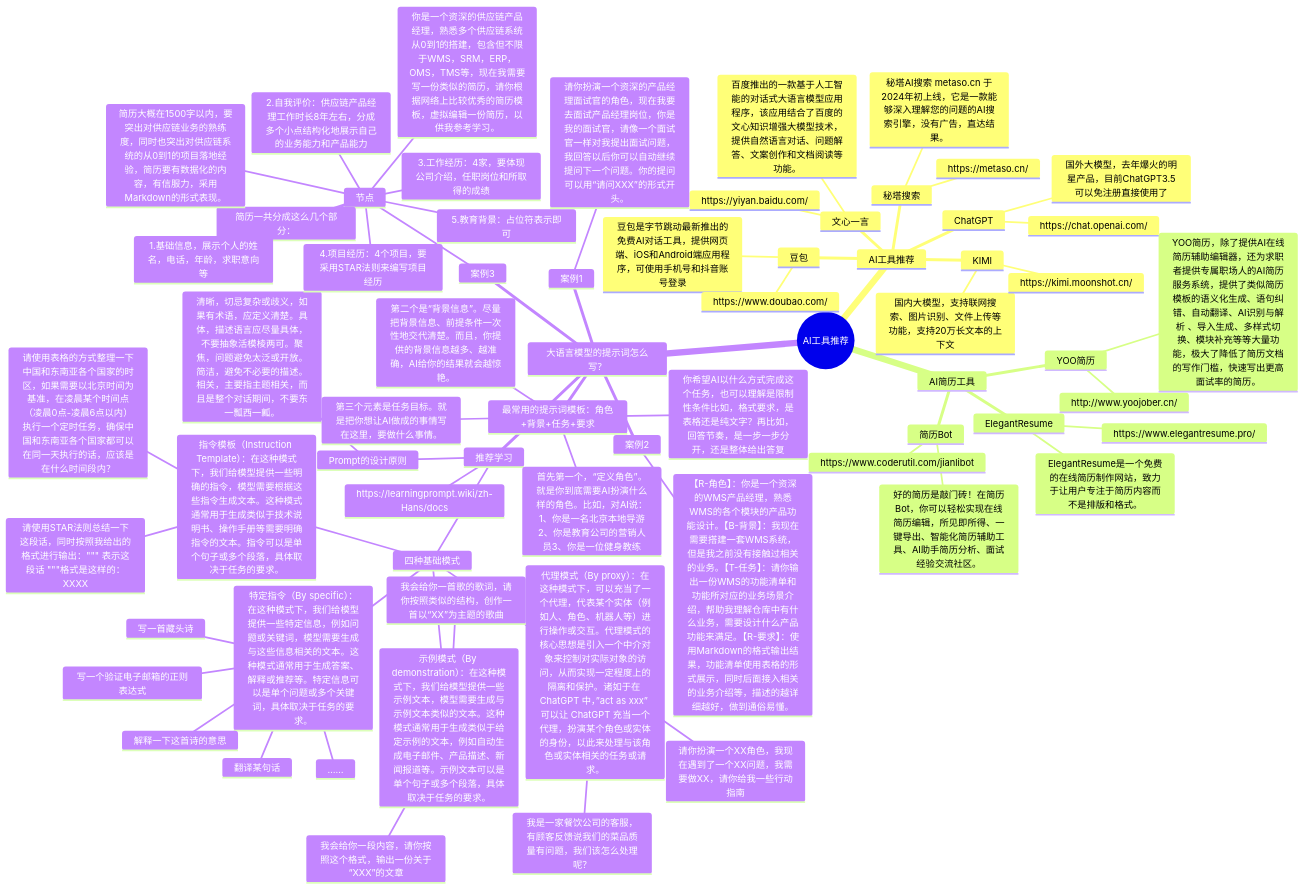
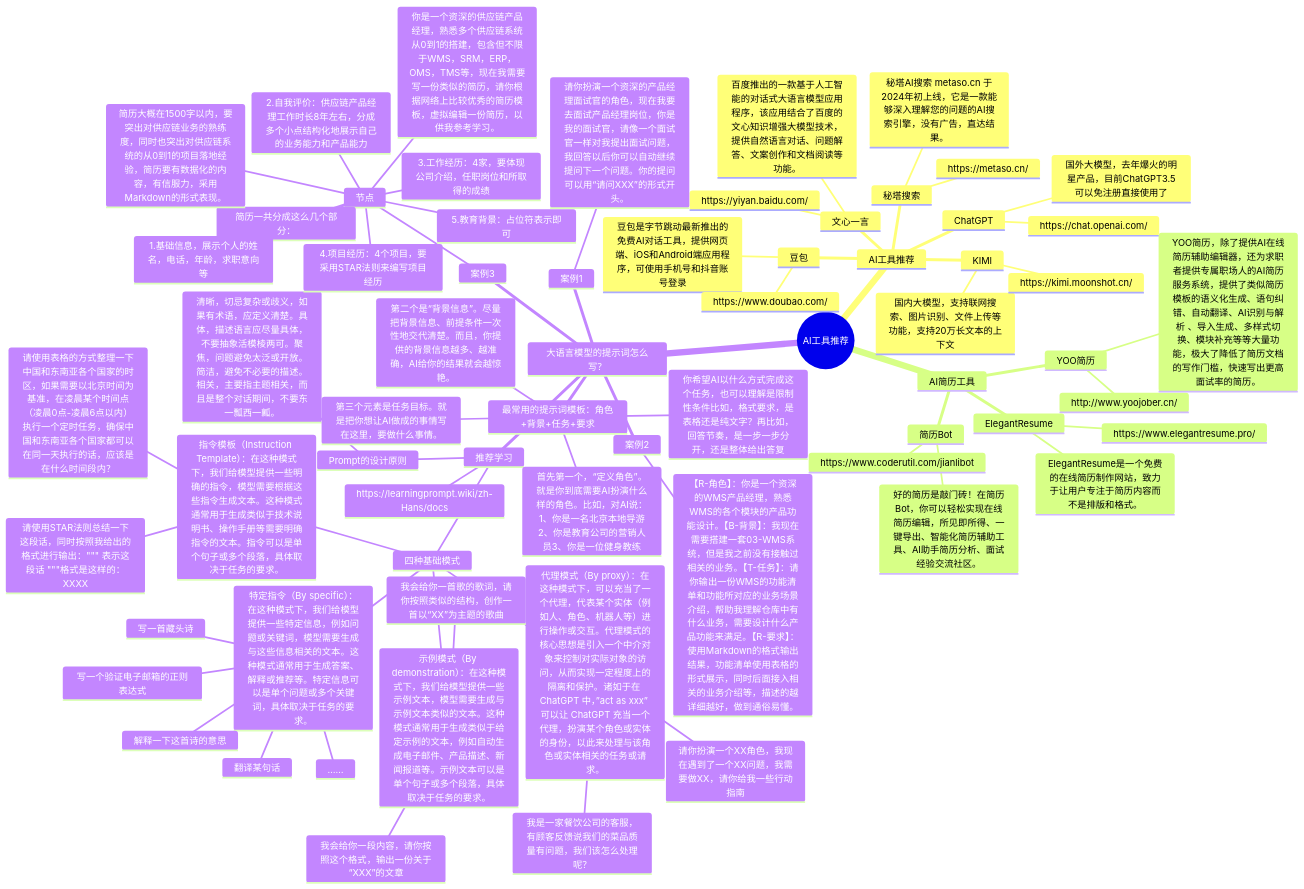
One commit to chao1927/scm changed the first of 4 diagrams in 供应链系统资料/维他命_产品私享课/产品经理求职面试提升课/9.借助AI工具,辅助撰写简历和面试陪练.md. Above: the diagram before and after it, drawn with Mermaid. The commit also changed 284 other files, not shown here.

````diff
--- a/供应链系统资料/维他命_产品私享课/产品经理求职面试提升课/9.借助AI工具,辅助撰写简历和面试陪练.md
+++ b/供应链系统资料/维他命_产品私享课/产品经理求职面试提升课/9.借助AI工具,辅助撰写简历和面试陪练.md
@@ -24,70 +24,70 @@
 ```mermaid
 mindmap
   root((AI工具推荐))
     AI工具推荐
       ChatGPT
         国外大模型，去年爆火的明星产品，目前ChatGPT3.5可以免注册直接使用了
         https://chat.openai.com/
       KIMI
         国内大模型，支持联网搜索、图片识别、文件上传等功能，支持20万长文本的上下文
         https://kimi.moonshot.cn/
       豆包
         豆包是字节跳动最新推出的免费AI对话工具，提供网页端、iOS和Android端应用程序，可使用手机号和抖音账号登录
         https://www.doubao.com/
       文心一言
         百度推出的一款基于人工智能的对话式大语言模型应用程序，该应用结合了百度的文心知识增强大模型技术，提供自然语言对话、问题解答、文案创作和文档阅读等功能。
         https://yiyan.baidu.com/
       秘塔搜索
         秘塔AI搜索 metaso.cn 于2024年初上线，它是一款能够深入理解您的问题的AI搜索引擎，没有广告，直达结果。
         https://metaso.cn/
     AI简历工具
       YOO简历
         http://www.yoojober.cn/
         YOO简历，除了提供AI在线简历辅助编辑器，还为求职者提供专属职场人的AI简历服务系统，提供了类似简历模板的语义化生成、语句纠错、自动翻译、AI识别与解析 、导入生成、多样式切换、模块补充等等大量功能，极大了降低了简历文档的写作门槛，快速写出更高面试率的简历。
       ElegantResume
         https://www.elegantresume.pro/
         ElegantResume是一个免费的在线简历制作网站，致力于让用户专注于简历内容而不是排版和格式。
       简历Bot
         https://www.coderutil.com/jianlibot
         好的简历是敲门砖！在简历Bot，你可以轻松实现在线简历编辑，所见即所得、一键导出、智能化简历辅助工具、AI助手简历分析、面试经验交流社区。
     大语言模型的提示词怎么写？
       推荐学习
         https://learningprompt.wiki/zh-Hans/docs
         Prompt的设计原则
           清晰，切忌复杂或歧义，如果有术语，应定义清楚。具体，描述语言应尽量具体，不要抽象活模棱两可。聚焦，问题避免太泛或开放。简洁，避免不必要的描述。相关，主要指主题相关，而且是整个对话期间，不要东一瓢西一瓤。
         四种基础模式
           特定指令（By specific）：在这种模式下，我们给模型提供一些特定信息，例如问题或关键词，模型需要生成与这些信息相关的文本。这种模式通常用于生成答案、解释或推荐等。特定信息可以是单个问题或多个关键词，具体取决于任务的要求。
             翻译某句话
             写一首藏头诗
             解释一下这首诗的意思
             写一个验证电子邮箱的正则表达式
             ……
           指令模板（Instruction Template）：在这种模式下，我们给模型提供一些明确的指令，模型需要根据这些指令生成文本。这种模式通常用于生成类似于技术说明书、操作手册等需要明确指令的文本。指令可以是单个句子或多个段落，具体取决于任务的要求。
             请使用STAR法则总结一下这段话，同时按照我给出的格式进行输出：""" 表示这段话 """格式是这样的：XXXX
             请使用表格的方式整理一下中国和东南亚各个国家的时区，如果需要以北京时间为基准，在凌晨某个时间点（凌晨0点-凌晨6点以内）执行一个定时任务，确保中国和东南亚各个国家都可以在同一天执行的话，应该是在什么时间段内？
           代理模式（By proxy）：在这种模式下，可以充当了一个代理，代表某个实体（例如人、角色、机器人等）进行操作或交互。代理模式的核心思想是引入一个中介对象来控制对实际对象的访问，从而实现一定程度上的隔离和保护。诸如于在 ChatGPT 中，”act as xxx” 可以让 ChatGPT 充当一个代理，扮演某个角色或实体的身份，以此来处理与该角色或实体相关的任务或请求。
             请你扮演一个XX角色，我现在遇到了一个XX问题，我需要做XX，请你给我一些行动指南
             我是一家餐饮公司的客服，有顾客反馈说我们的菜品质量有问题，我们该怎么处理呢？
           示例模式（By demonstration）：在这种模式下，我们给模型提供一些示例文本，模型需要生成与示例文本类似的文本。这种模式通常用于生成类似于给定示例的文本，例如自动生成电子邮件、产品描述、新闻报道等。示例文本可以是单个句子或多个段落，具体取决于任务的要求。
             我会给你一段内容，请你按照这个格式，输出一份关于“XXX”的文章
             我会给你一首歌的歌词，请你按照类似的结构，创作一首以“XX”为主题的歌曲
       最常用的提示词模板：角色+背景+任务+要求
         首先第一个，“定义角色”。就是你到底需要AI扮演什么样的角色。比如，对AI说：1、你是一名北京本地导游2、你是教育公司的营销人员3、你是一位健身教练
         第二个是“背景信息”。尽量把背景信息、前提条件一次性地交代清楚。而且，你提供的背景信息越多、越准确，AI给你的结果就会越惊艳。
         第三个元素是任务目标。就是把你想让AI做成的事情写在这里，要做什么事情。
         你希望AI以什么方式完成这个任务，也可以理解是限制性条件比如，格式要求，是表格还是纯文字？再比如，回答节奏，是一步一步分开，还是整体给出答复
       案例1
         请你扮演一个资深的产品经理面试官的角色，现在我要去面试产品经理岗位，你是我的面试官，请像一个面试官一样对我提出面试问题，我回答以后你可以自动继续提问下一个问题。你的提问可以用“请问XXX”的形式开头。
       案例2
-        【R-角色】：你是一个资深的WMS产品经理，熟悉WMS的各个模块的产品功能设计。【B-背景】：我现在需要搭建一套WMS系统，但是我之前没有接触过相关的业务。【T-任务】：请你输出一份WMS的功能清单和功能所对应的业务场景介绍，帮助我理解仓库中有什么业务，需要设计什么产品功能来满足。【R-要求】：使用Markdown的格式输出结果，功能清单使用表格的形式展示，同时后面接入相关的业务介绍等，描述的越详细越好，做到通俗易懂。
+        【R-角色】：你是一个资深的WMS产品经理，熟悉WMS的各个模块的产品功能设计。【B-背景】：我现在需要搭建一套03-WMS系统，但是我之前没有接触过相关的业务。【T-任务】：请你输出一份WMS的功能清单和功能所对应的业务场景介绍，帮助我理解仓库中有什么业务，需要设计什么产品功能来满足。【R-要求】：使用Markdown的格式输出结果，功能清单使用表格的形式展示，同时后面接入相关的业务介绍等，描述的越详细越好，做到通俗易懂。
       案例3
         节点
           你是一个资深的供应链产品经理，熟悉多个供应链系统从0到1的搭建，包含但不限于WMS，SRM，ERP，OMS，TMS等，现在我需要写一份类似的简历，请你根据网络上比较优秀的简历模板，虚拟编辑一份简历，以供我参考学习。
           简历一共分成这么几个部分：
           1.基础信息，展示个人的姓名，电话，年龄，求职意向等
           2.自我评价：供应链产品经理工作时长8年左右，分成多个小点结构化地展示自己的业务能力和产品能力
           3.工作经历：4家，要体现公司介绍，任职岗位和所取得的成绩
           4.项目经历：4个项目，要采用STAR法则来编写项目经历
           5.教育背景：占位符表示即可
           简历大概在1500字以内，要突出对供应链业务的熟练度，同时也突出对供应链系统的从0到1的项目落地经验，简历要有数据化的内容，有信服力，采用Markdown的形式表现。
 ```
````
